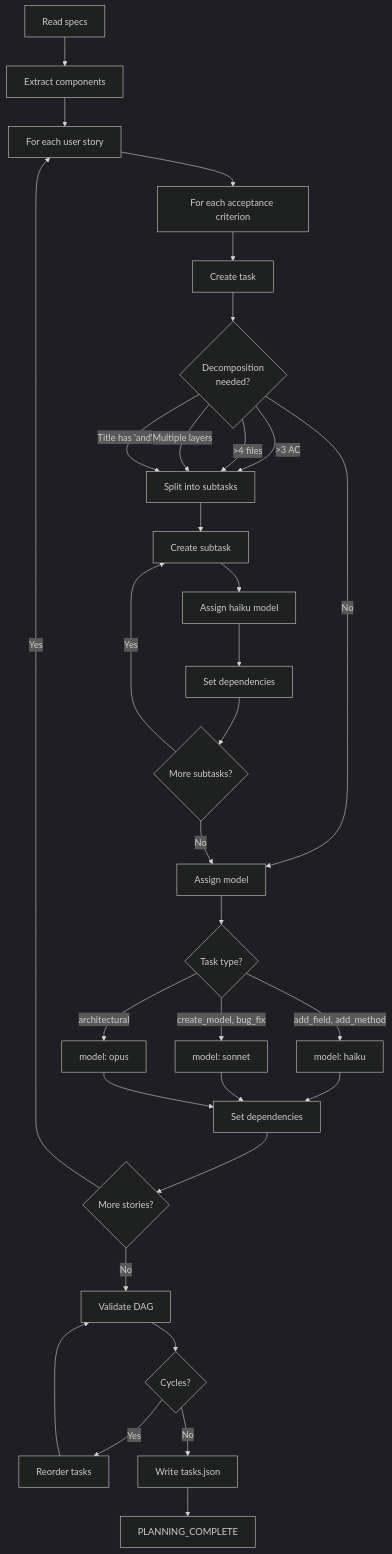
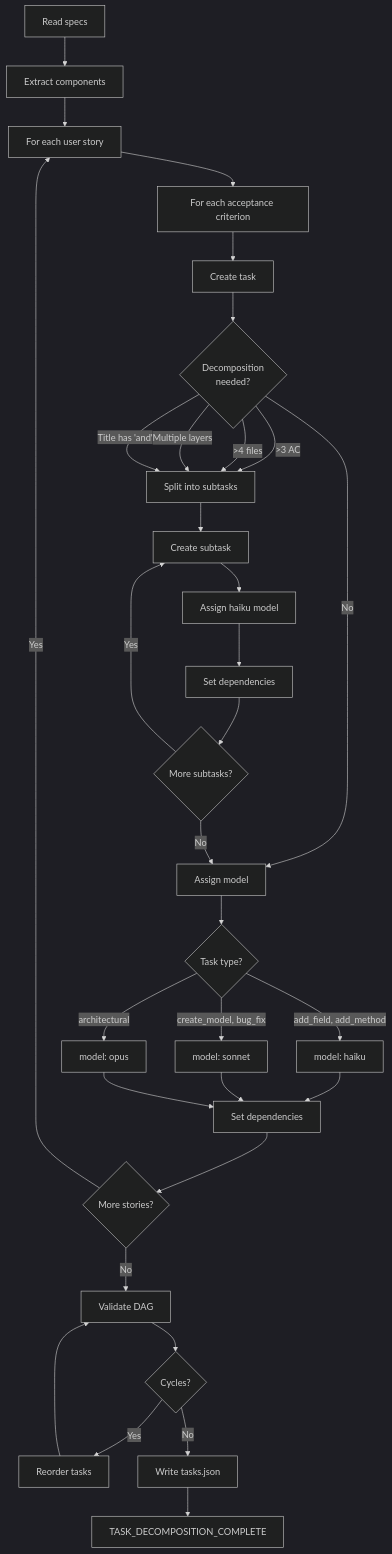
Before and after one commit to Zxela/claude-create: the third of 6 diagrams in diagrams/phase-flowchart.md, drawn with Mermaid (dark theme). The commit also changed other lines of this file and 5 other files, not shown here.

First line of the commit message:
fix: replace conductor with team-lead in diagrams, fix model assignments and phase transitions (#11)

````diff
--- a/diagrams/phase-flowchart.md
+++ b/diagrams/phase-flowchart.md
@@ -112,42 +117,42 @@
 ```mermaid
 flowchart TB
     Read[Read specs] --> Extract[Extract components]
     Extract --> Story[For each user story]
 
     Story --> AC[For each acceptance criterion]
     AC --> Create[Create task]
 
     Create --> Check{Decomposition<br/>needed?}
 
     Check -->|">3 AC"| Split[Split into subtasks]
     Check -->|">4 files"| Split
     Check -->|"Multiple layers"| Split
     Check -->|"Title has 'and'"| Split
     Check -->|No| Assign[Assign model]
 
     Split --> SubTask[Create subtask]
     SubTask --> SubModel[Assign haiku model]
     SubModel --> SubDep[Set dependencies]
     SubDep --> More{More subtasks?}
     More -->|Yes| SubTask
     More -->|No| Assign
 
     Assign --> Route{Task type?}
     Route -->|add_field, add_method| Haiku[model: haiku]
     Route -->|create_model, bug_fix| Sonnet[model: sonnet]
     Route -->|architectural| Opus[model: opus]
 
     Haiku --> Dep[Set dependencies]
     Sonnet --> Dep
     Opus --> Dep
 
     Dep --> Next{More stories?}
     Next -->|Yes| Story
     Next -->|No| DAG[Validate DAG]
 
     DAG --> Cycle{Cycles?}
     Cycle -->|Yes| Fix[Reorder tasks]
     Fix --> DAG
     Cycle -->|No| Write[Write tasks.json]
-    Write --> Done[PLANNING_COMPLETE]
+    Write --> Done[TASK_DECOMPOSITION_COMPLETE]
 ```
````
